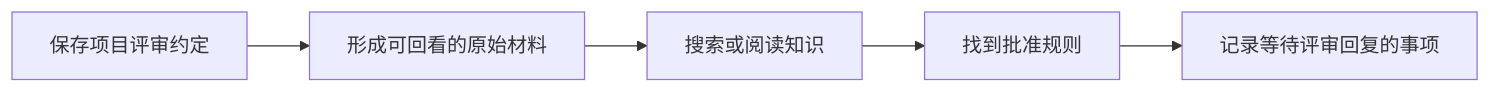
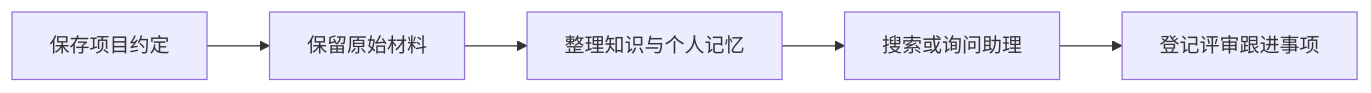
Before and after one commit to lejunyang/omem: the diagram in .repo-review/knowledge/articles/e3a688af2ed1ce2734e7f6a41ed91e4369645398f90a03e28b92c27028f48e1f.md, drawn with Mermaid. The commit also changed other lines of this file and 18 other files, not shown here.

Commit message:
docs(knowledge): refresh generic-flow guides and record live relevance gaps

````diff
--- a/.repo-review/knowledge/articles/e3a688af2ed1ce2734e7f6a41ed91e4369645398f90a03e28b92c27028f48e1f.md
+++ b/.repo-review/knowledge/articles/e3a688af2ed1ce2734e7f6a41ed91e4369645398f90a03e28b92c27028f48e1f.md
@@ -31,7 +14,7 @@
 ```mermaid
 flowchart LR
-  A[保存项目评审约定] --> B[形成可回看的原始材料]
-  B --> C[搜索或阅读知识]
-  C --> D[找到批准规则]
-  D --> E[记录等待评审回复的事项]
+  A[保存项目约定] --> B[保留原始材料]
+  B --> C[整理知识与个人记忆]
+  C --> D[搜索或询问助理]
+  D --> E[登记评审跟进事项]
 ```
````
